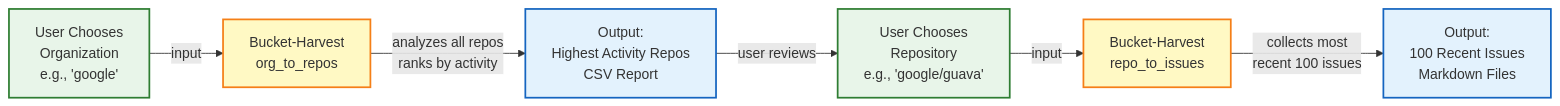
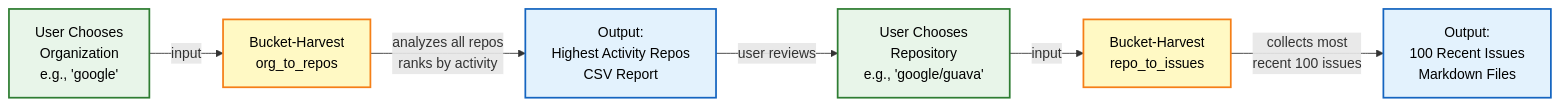
Before and after one commit to lmcrean/bucket-harvest: the second of 2 diagrams in README.md, drawn with Mermaid. The commit also changed other lines of this file, not shown here.

First line of the commit message:
Make mermaid diagram text jet black for better readability

````diff
--- a/README.md
+++ b/README.md
@@ -47,15 +47,15 @@
 ```mermaid
 graph LR
     A[User Chooses<br/>Organization<br/>e.g., 'google'] -->|input| B[Bucket-Harvest<br/>org_to_repos]
     B -->|analyzes all repos<br/>ranks by activity| C[Output:<br/>Highest Activity Repos<br/>CSV Report]
     C -->|user reviews| D[User Chooses<br/>Repository<br/>e.g., 'google/guava']
     D -->|input| E[Bucket-Harvest<br/>repo_to_issues]
     E -->|collects most<br/>recent 100 issues| F[Output:<br/>100 Recent Issues<br/>Markdown Files]
 
-    style A fill:#e8f5e9,stroke:#2e7d32,stroke-width:2px
-    style B fill:#fff9c4,stroke:#f57f17,stroke-width:2px
-    style C fill:#e3f2fd,stroke:#1565c0,stroke-width:2px
-    style D fill:#e8f5e9,stroke:#2e7d32,stroke-width:2px
-    style E fill:#fff9c4,stroke:#f57f17,stroke-width:2px
-    style F fill:#e3f2fd,stroke:#1565c0,stroke-width:2px
+    style A fill:#e8f5e9,stroke:#2e7d32,stroke-width:2px,color:#000
+    style B fill:#fff9c4,stroke:#f57f17,stroke-width:2px,color:#000
+    style C fill:#e3f2fd,stroke:#1565c0,stroke-width:2px,color:#000
+    style D fill:#e8f5e9,stroke:#2e7d32,stroke-width:2px,color:#000
+    style E fill:#fff9c4,stroke:#f57f17,stroke-width:2px,color:#000
+    style F fill:#e3f2fd,stroke:#1565c0,stroke-width:2px,color:#000
 ```
````
